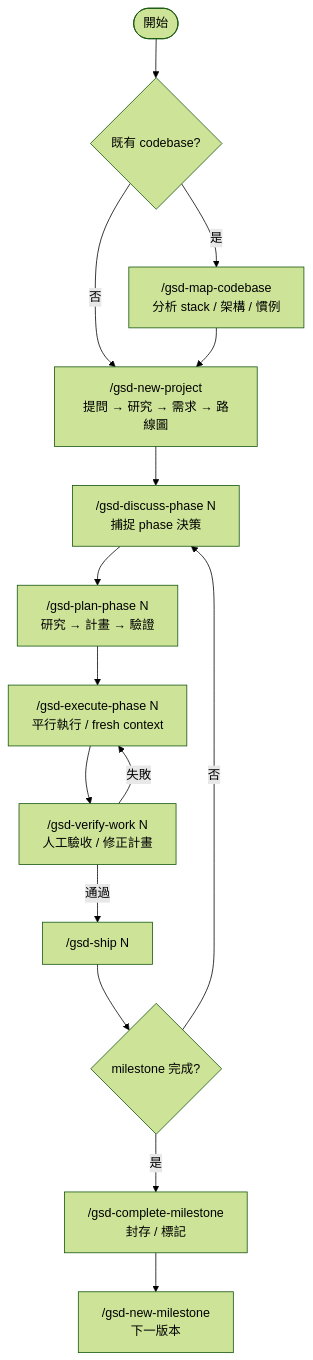
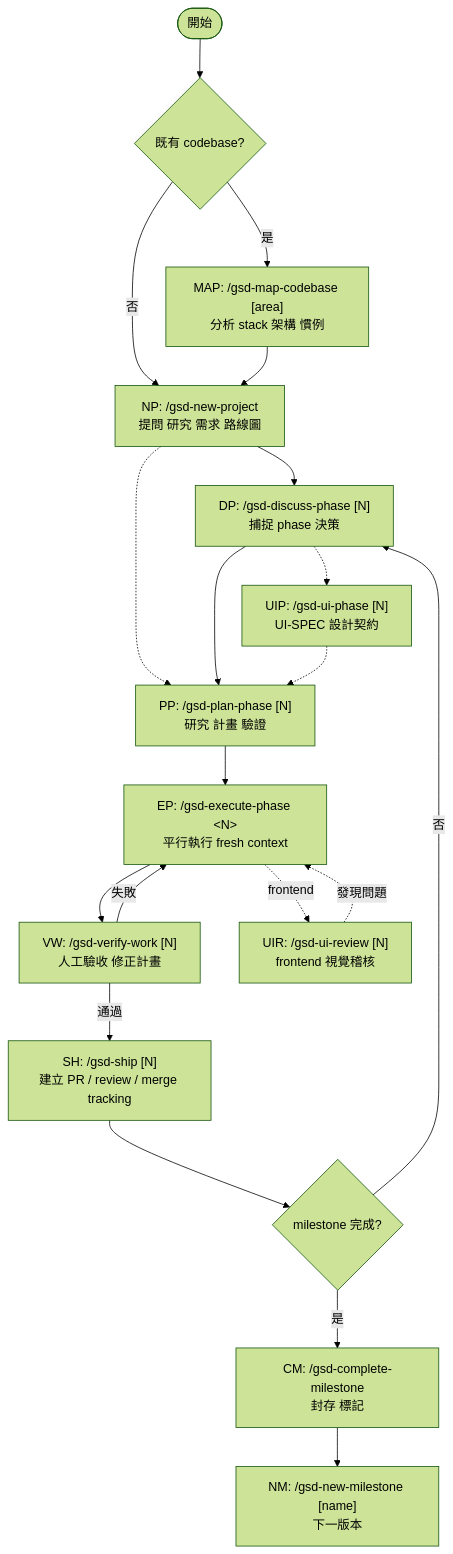
The diagram in Topics/AI-Agent-工作流/GSD-流程.md (lllloo/obsidian-memory), drawn with Mermaid (forest theme) before and after one commit. The commit also changed other lines of this file, not shown here.

Commit message:
更新 GSD 流程文檔：修正更新日期並增強核心流程與選填節點的描述

````diff
--- a/Topics/AI-Agent-工作流/GSD-流程.md
+++ b/Topics/AI-Agent-工作流/GSD-流程.md
@@ -30,17 +42,22 @@
 ```mermaid
 flowchart TD
     Start([開始]) --> MC{"既有 codebase?"}
-    MC -->|是| MAP["/gsd-map-codebase<br/>分析 stack / 架構 / 慣例"]
-    MC -->|否| NP
-    MAP --> NP["/gsd-new-project<br/>提問 → 研究 → 需求 → 路線圖"]
-    NP --> DP["/gsd-discuss-phase N<br/>捕捉 phase 決策"]
-    DP --> PP["/gsd-plan-phase N<br/>研究 → 計畫 → 驗證"]
-    PP --> EP["/gsd-execute-phase N<br/>平行執行 / fresh context"]
-    EP --> VW["/gsd-verify-work N<br/>人工驗收 / 修正計畫"]
-    VW -->|通過| SH["/gsd-ship N"]
-    VW -->|失敗| EP
+    MC -- 是 --> MAP["MAP: /gsd-map-codebase [area]<br>分析 stack 架構 慣例"]
+    MC -- 否 --> NP
+    MAP --> NP["NP: /gsd-new-project<br>提問 研究 需求 路線圖"]
+    NP --> DP["DP: /gsd-discuss-phase [N]<br>捕捉 phase 決策"]
+    NP -.-> PP["PP: /gsd-plan-phase [N]<br>研究 計畫 驗證"]
+    DP --> PP
+    DP -.-> UIP["UIP: /gsd-ui-phase [N]<br>UI-SPEC 設計契約"]
+    UIP -.-> PP
+    PP --> EP["EP: /gsd-execute-phase &lt;N&gt;<br>平行執行 fresh context"]
+    EP --> VW["VW: /gsd-verify-work [N]<br>人工驗收 修正計畫"]
+    EP -. frontend .-> UIR["UIR: /gsd-ui-review [N]<br>frontend 視覺稽核"]
+    UIR -. 發現問題 .-> EP
+    VW -- 通過 --> SH["SH: /gsd-ship [N]<br>建立 PR / review / merge tracking"]
+    VW -- 失敗 --> EP
     SH --> Next{"milestone 完成?"}
-    Next -->|否| DP
-    Next -->|是| CM["/gsd-complete-milestone<br/>封存 / 標記"]
-    CM --> NM["/gsd-new-milestone<br/>下一版本"]
+    Next -- 否 --> DP
+    Next -- 是 --> CM["CM: /gsd-complete-milestone<br>封存 標記"]
+    CM --> NM["NM: /gsd-new-milestone [name]<br>下一版本"]
 ```
````
